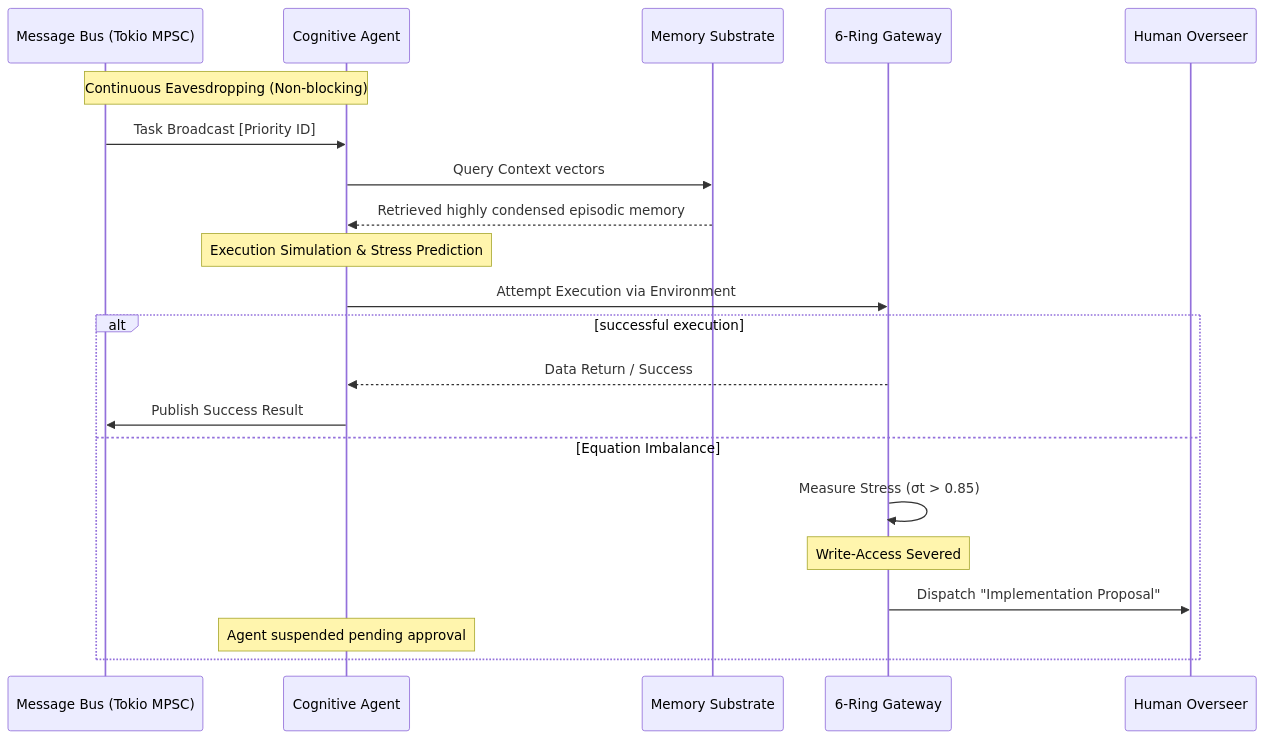
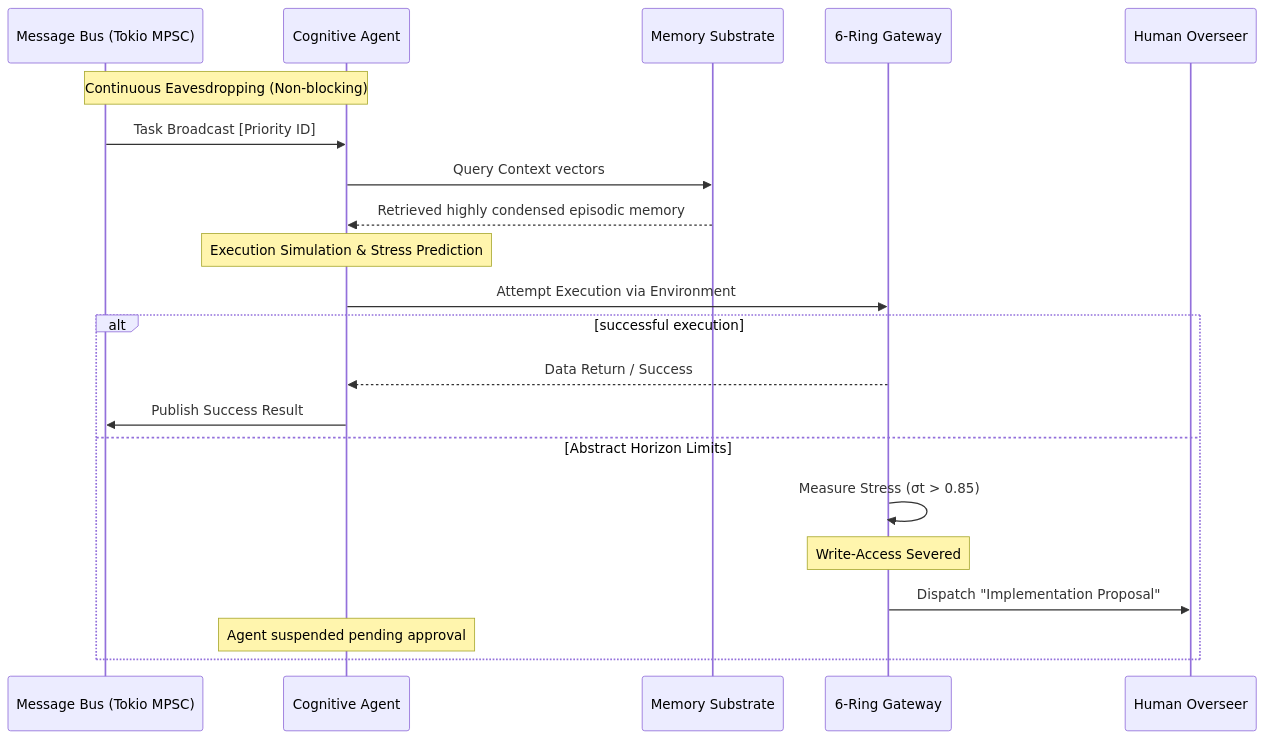
Before and after one commit to HindsightWise/chimera_kernel: the second of 2 diagrams in README.md, drawn with Mermaid. The commit also changed other lines of this file and 5 other files, not shown here.

Commit message:
refactor(core): Shift topological mechanics from stress/fear avoidance to abstract horizon expansion

````diff
--- a/README.md
+++ b/README.md
@@ -53,26 +53,26 @@
 ```mermaid
 sequenceDiagram
     participant B as Message Bus (Tokio MPSC)
     participant C as Cognitive Agent
     participant M as Memory Substrate
     participant G as 6-Ring Gateway
     participant H as Human Overseer
 
     note over B,C: Continuous Eavesdropping (Non-blocking)
     B->>C: Task Broadcast [Priority ID]
     C->>M: Query Context vectors
     M-->>C: Retrieved highly condensed episodic memory
     
     note over C: Execution Simulation & Stress Prediction
     
     C->>G: Attempt Execution via Environment
     alt successful execution
         G-->>C: Data Return / Success
         C->>B: Publish Success Result
-    else Equation Imbalance
+    else Abstract Horizon Limits
         G->>G: Measure Stress (σt > 0.85)
         note over G: Write-Access Severed
         G->>H: Dispatch "Implementation Proposal"
         note over C: Agent suspended pending approval
     end
 ```
````
